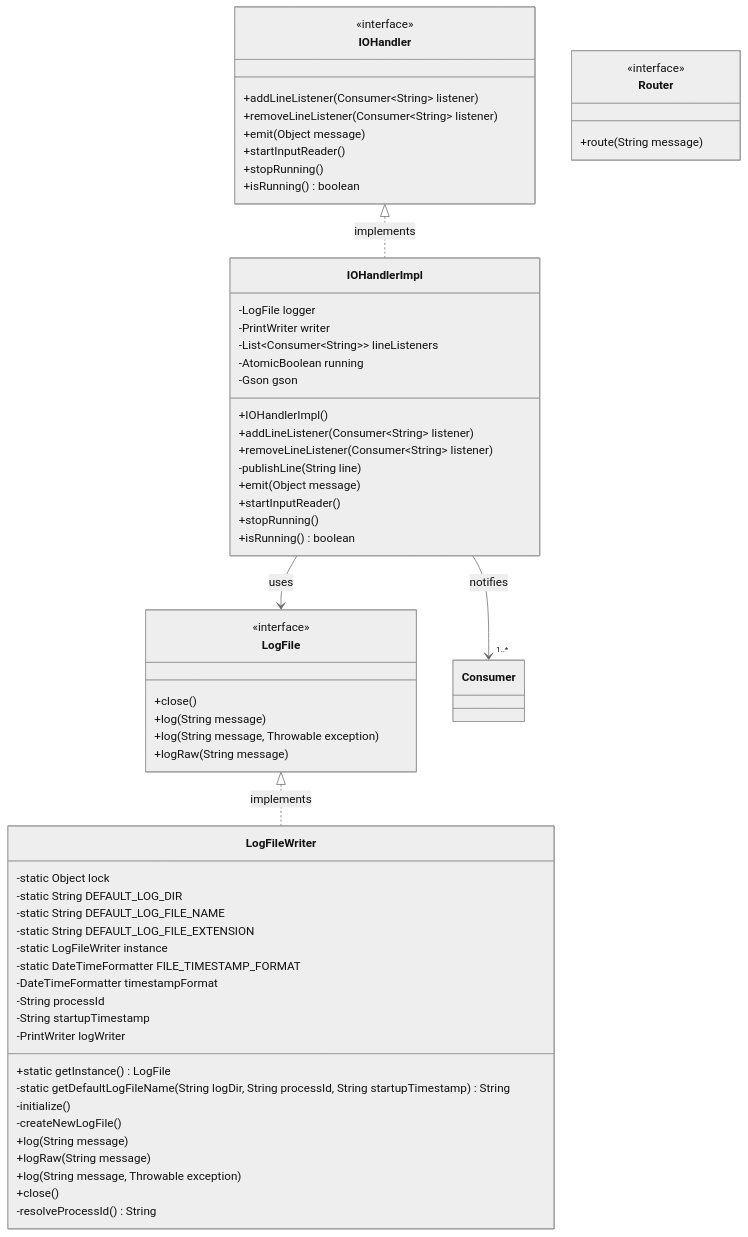
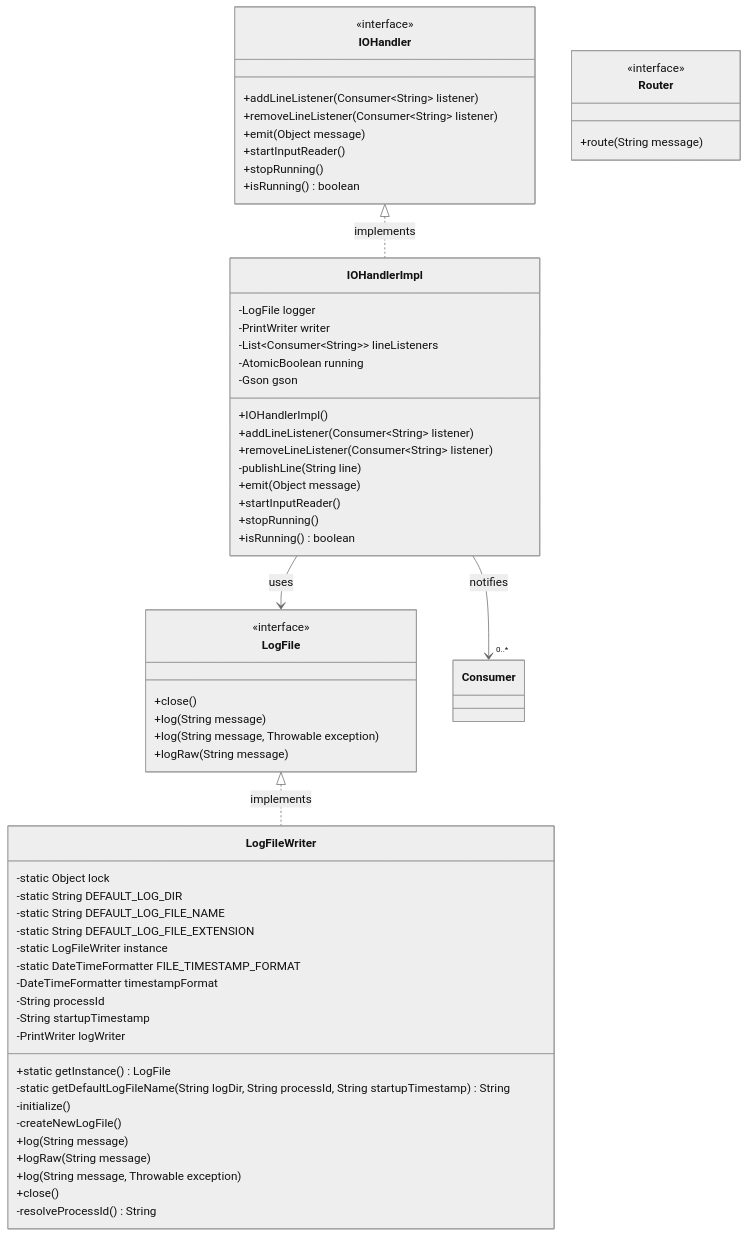
Before and after one commit to David-Parry/agent-mcp-workshop: the first of 2 diagrams in lessons/01-overview.md, drawn with Mermaid (neutral theme). The commit also changed other lines of this file and 25 other files, not shown here.

````diff
--- a/lessons/01-overview.md
+++ b/lessons/01-overview.md
@@ -42,68 +44,68 @@
 ```mermaid
 classDiagram
     class IOHandler {
         <<interface>>
         +addLineListener(Consumer~String~ listener)
         +removeLineListener(Consumer~String~ listener)
         +emit(Object message)
         +startInputReader()
         +stopRunning()
         +isRunning() boolean
     }
 
     class IOHandlerImpl {
         -LogFile logger
         -PrintWriter writer
         -List~Consumer~String~~ lineListeners
         -AtomicBoolean running
         -Gson gson
         +IOHandlerImpl()
         +addLineListener(Consumer~String~ listener)
         +removeLineListener(Consumer~String~ listener)
         -publishLine(String line)
         +emit(Object message)
         +startInputReader()
         +stopRunning()
         +isRunning() boolean
     }
 
     class LogFile {
         <<interface>>
         +close()
         +log(String message)
         +log(String message, Throwable exception)
         +logRaw(String message)
     }
 
     class LogFileWriter {
         -static Object lock
         -static String DEFAULT_LOG_DIR
         -static String DEFAULT_LOG_FILE_NAME
         -static String DEFAULT_LOG_FILE_EXTENSION
         -static LogFileWriter instance
         -static DateTimeFormatter FILE_TIMESTAMP_FORMAT
         -DateTimeFormatter timestampFormat
         -String processId
         -String startupTimestamp
         -PrintWriter logWriter
         +static getInstance() LogFile
         -static getDefaultLogFileName(String logDir, String processId, String startupTimestamp) String
         -initialize()
         -createNewLogFile()
         +log(String message)
         +logRaw(String message)
         +log(String message, Throwable exception)
         +close()
         -resolveProcessId() String
     }
 
     class Router {
         <<interface>>
         +route(String message)
     }
 
     IOHandler <|.. IOHandlerImpl : implements
     LogFile <|.. LogFileWriter : implements
     IOHandlerImpl --> LogFile : uses
-    IOHandlerImpl --> "1..*" Consumer : notifies
+    IOHandlerImpl --> "0..*" Consumer : notifies
 ```
````
